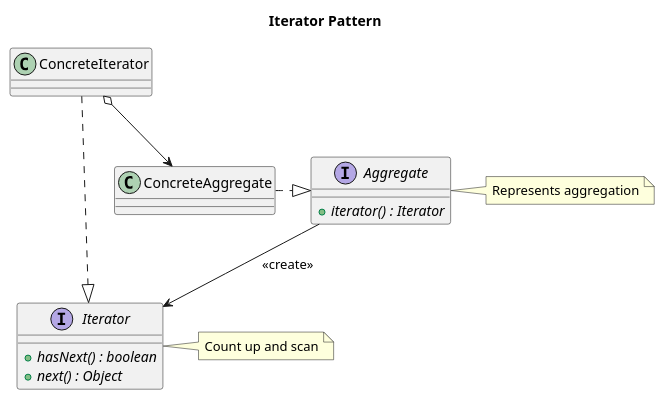
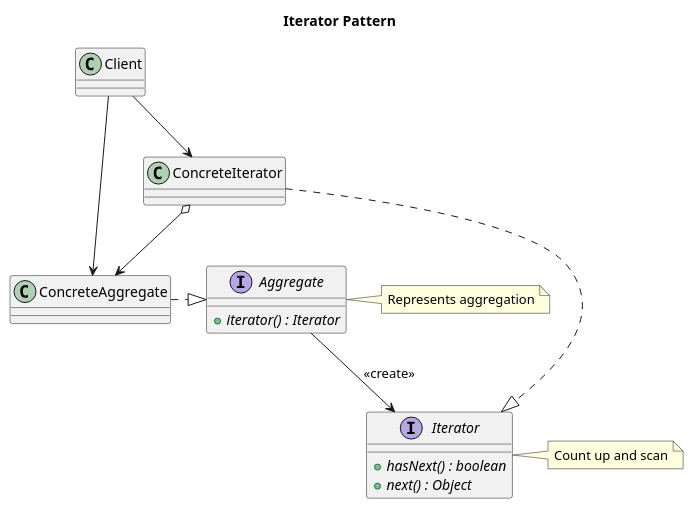
One commit to yuna611t/repo changed the diagram in uml/design_pattern/Iterator.pu. Above: the diagram before and after it, drawn with PlantUML.

Commit message:
added client

```diff
--- a/uml/design_pattern/Iterator.pu
+++ b/uml/design_pattern/Iterator.pu
@@ -1,33 +1,37 @@
 @startuml
 title Iterator Pattern
 
 interface Aggregate  {
     + {abstract} iterator() : Iterator
 }
 note right
     Represents aggregation
 end note
 
 class ConcreteAggregate {
 }
 
 interface Iterator {
     + {abstract} hasNext() : boolean
     + {abstract} next() : Object
 }
 note right
     Count up and scan
 end note
 
 class ConcreteIterator {
 }
 
+
 ' relations
 ConcreteAggregate .|> Aggregate
 
 Aggregate --> Iterator : <<create>>
 
 ConcreteIterator .|> Iterator
 ConcreteIterator o--> ConcreteAggregate 
 
+Client --> ConcreteIterator
+Client -> ConcreteAggregate
+
 @enduml
```
